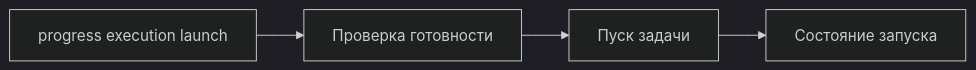
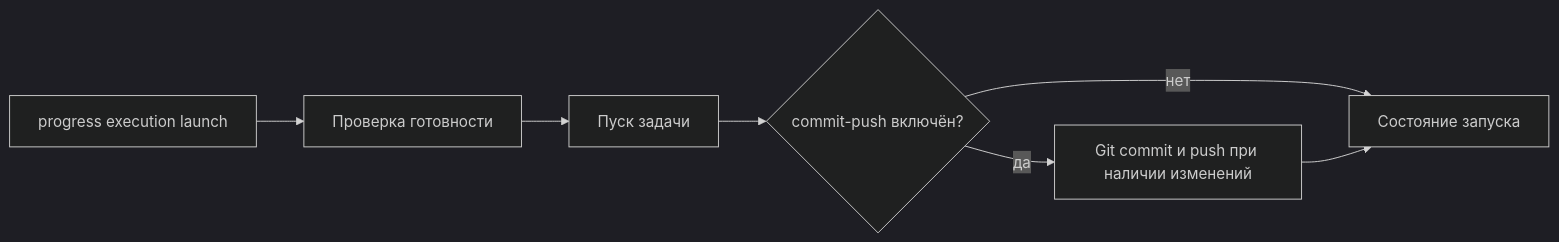
One commit to rasungatullin/progress changed the seventh of 7 diagrams in docs/contours/execution/CLI.md. Above: the diagram before and after it, drawn with Mermaid (dark theme). The commit also changed other lines of this file and 5 other files, not shown here.

Commit message:
add optional commit and push for execution launch

````diff
--- a/docs/contours/execution/CLI.md
+++ b/docs/contours/execution/CLI.md
@@ -133,6 +148,9 @@
 ```mermaid
 flowchart LR
     A[progress execution launch] --> B[Проверка готовности]
     B --> C[Пуск задачи]
-    C --> D[Состояние запуска]
+    C --> D{commit-push включён?}
+    D -->|нет| E[Состояние запуска]
+    D -->|да| F[Git commit и push при наличии изменений]
+    F --> E[Состояние запуска]
 ```
````
